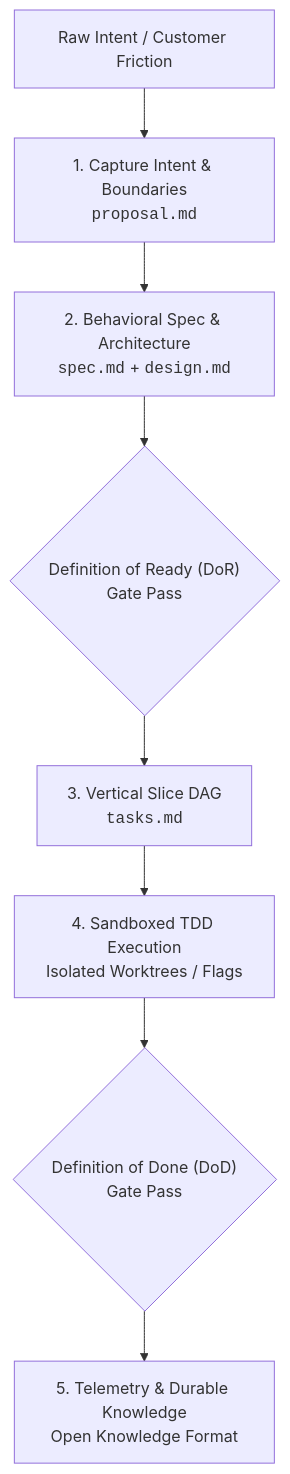
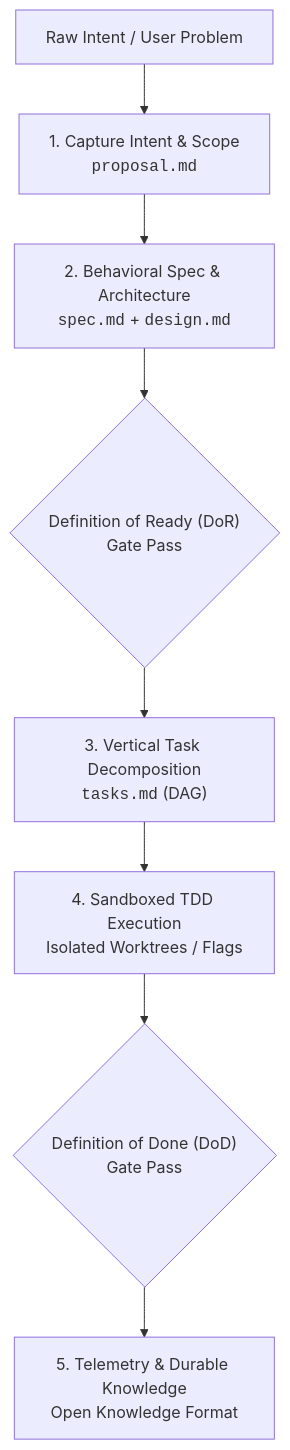
One commit to keolo/keolo-com changed the second of 4 diagrams in content/posts/planned-vs-unplanned-work-in-agentic-development.md. Above: the diagram before and after it, drawn with Mermaid. The commit also changed other lines of this file, not shown here.

````diff
--- a/content/posts/planned-vs-unplanned-work-in-agentic-development.md
+++ b/content/posts/planned-vs-unplanned-work-in-agentic-development.md
@@ -68,10 +62,10 @@
 ```mermaid
 flowchart TD
-    A["Raw Intent / Customer Friction"] --> B["1. Capture Intent & Boundaries<br/><code>proposal.md</code>"]
+    A["Raw Intent / User Problem"] --> B["1. Capture Intent & Scope<br/><code>proposal.md</code>"]
     B --> C["2. Behavioral Spec & Architecture<br/><code>spec.md</code> + <code>design.md</code>"]
     C --> D{"Definition of Ready (DoR)<br/>Gate Pass"}
-    D --> E["3. Vertical Slice DAG<br/><code>tasks.md</code>"]
+    D --> E["3. Vertical Task Decomposition<br/><code>tasks.md</code> (DAG)"]
     E --> F["4. Sandboxed TDD Execution<br/>Isolated Worktrees / Flags"]
     F --> G{"Definition of Done (DoD)<br/>Gate Pass"}
     G --> H["5. Telemetry & Durable Knowledge<br/>Open Knowledge Format"]
 ```
````
